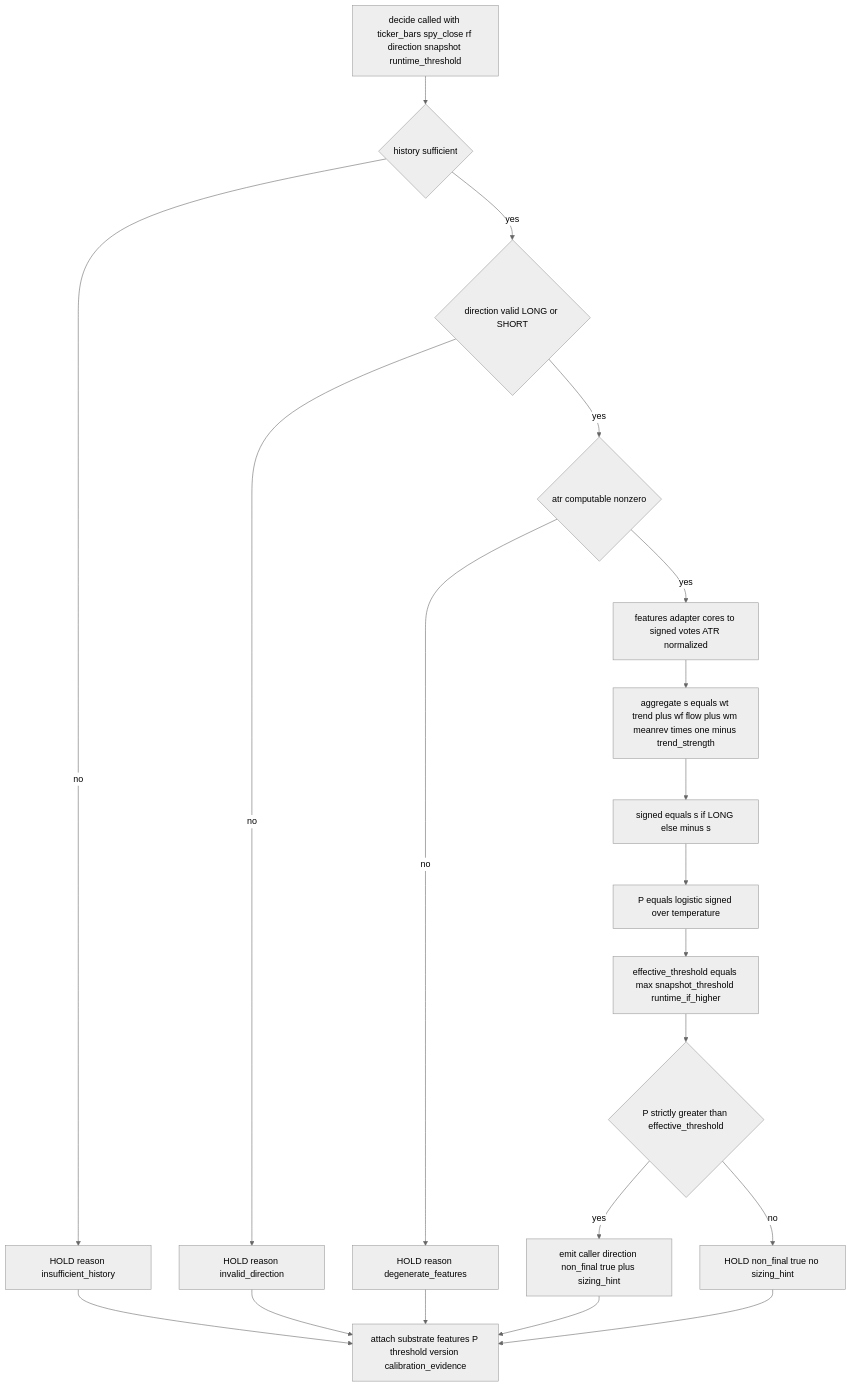
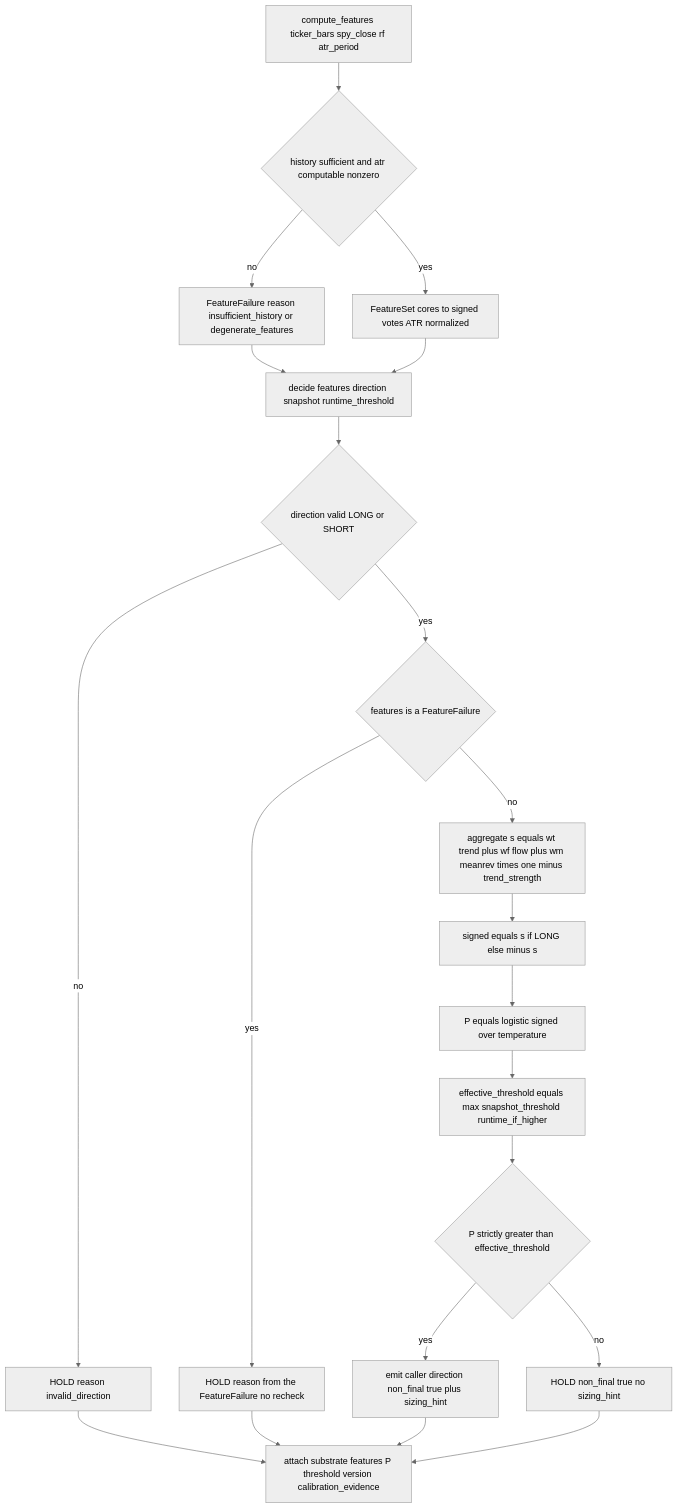
The second of 2 diagrams in .kiro/specs/reactive-signal-model/design.md (saehoon0501/equity-research-system), drawn with Mermaid (neutral theme) before and after one commit. The commit also changed other lines of this file and 1 other file, not shown here.

Commit message:
docs(reactive-signal-model): reconcile stale System-Flows mermaid with the features/decide split
The System-Flows diagram showed a monolithic decide(ticker_bars, …) history-gating itself; the implemented + prose (design line 179) reality is two-stage: compute_features owns history/ATR gating (→ FeatureFailure), decide takes the computed features, validates direction-first, maps FeatureFailure→HOLD, then derives. Updated the mermaid + Key-decisions prose + Architecture-Pattern note; marked the 2.4 Implementation Note resolved. Diagram-only reconcile — no behavior/contract change.

````diff
--- a/.kiro/specs/reactive-signal-model/design.md
+++ b/.kiro/specs/reactive-signal-model/design.md
@@ -100,22 +100,23 @@
 ```mermaid
 flowchart TD
-    A[decide called with ticker_bars spy_close rf direction snapshot runtime_threshold] --> B{history sufficient}
-    B -- no --> H[HOLD reason insufficient_history]
-    B -- yes --> C{direction valid LONG or SHORT}
+    A[compute_features ticker_bars spy_close rf atr_period] --> B{history sufficient and atr computable nonzero}
+    B -- no --> FF[FeatureFailure reason insufficient_history or degenerate_features]
+    B -- yes --> FS[FeatureSet cores to signed votes ATR normalized]
+    FF --> DEC[decide features direction snapshot runtime_threshold]
+    FS --> DEC
+    DEC --> C{direction valid LONG or SHORT}
     C -- no --> I[HOLD reason invalid_direction]
-    C -- yes --> Z{atr computable nonzero}
-    Z -- no --> J[HOLD reason degenerate_features]
-    Z -- yes --> D[features adapter cores to signed votes ATR normalized]
-    D --> E[aggregate s equals wt trend plus wf flow plus wm meanrev times one minus trend_strength]
+    C -- yes --> FQ{features is a FeatureFailure}
+    FQ -- yes --> J[HOLD reason from the FeatureFailure no recheck]
+    FQ -- no --> E[aggregate s equals wt trend plus wf flow plus wm meanrev times one minus trend_strength]
     E --> F[signed equals s if LONG else minus s]
     F --> G[P equals logistic signed over temperature]
     G --> T[effective_threshold equals max snapshot_threshold runtime_if_higher]
     T --> K{P strictly greater than effective_threshold}
     K -- yes --> L[emit caller direction non_final true plus sizing_hint]
     K -- no --> M[HOLD non_final true no sizing_hint]
     L --> S[attach substrate features P threshold version calibration_evidence]
     M --> S
-    H --> S
     I --> S
     J --> S
 ```
````
